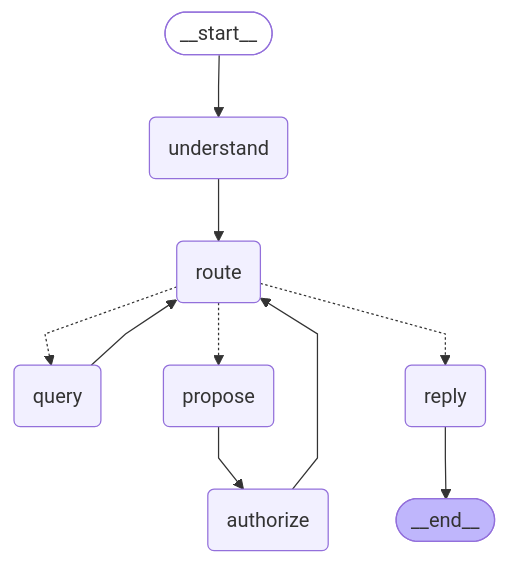
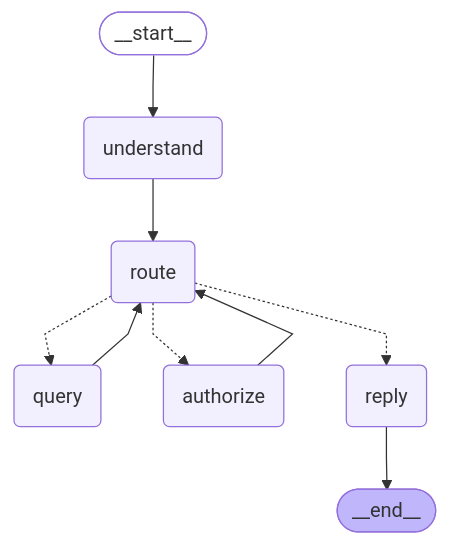
The diagram in agent/retail_graph/compiled_graph.mmd (jasperrrliu-ui/125_Final_Project), drawn with Mermaid before and after one commit. The commit also changed 22 other files, not shown here.

```diff
--- a/agent/retail_graph/compiled_graph.mmd
+++ b/agent/retail_graph/compiled_graph.mmd
@@ -1,26 +1,24 @@
 ---
 config:
   flowchart:
     curve: linear
 ---
 graph TD;
 	__start__([<p>__start__</p>]):::first
 	understand(understand)
 	route(route)
 	query(query)
-	propose(propose)
 	authorize(authorize)
 	reply(reply)
 	__end__([<p>__end__</p>]):::last
 	__start__ --> understand;
 	authorize --> route;
-	propose --> authorize;
 	query --> route;
-	route -.-> propose;
+	route -.-> authorize;
 	route -.-> query;
 	route -.-> reply;
 	understand --> route;
 	reply --> __end__;
 	classDef default fill:#f2f0ff,line-height:1.2
 	classDef first fill-opacity:0
 	classDef last fill:#bfb6fc
```
